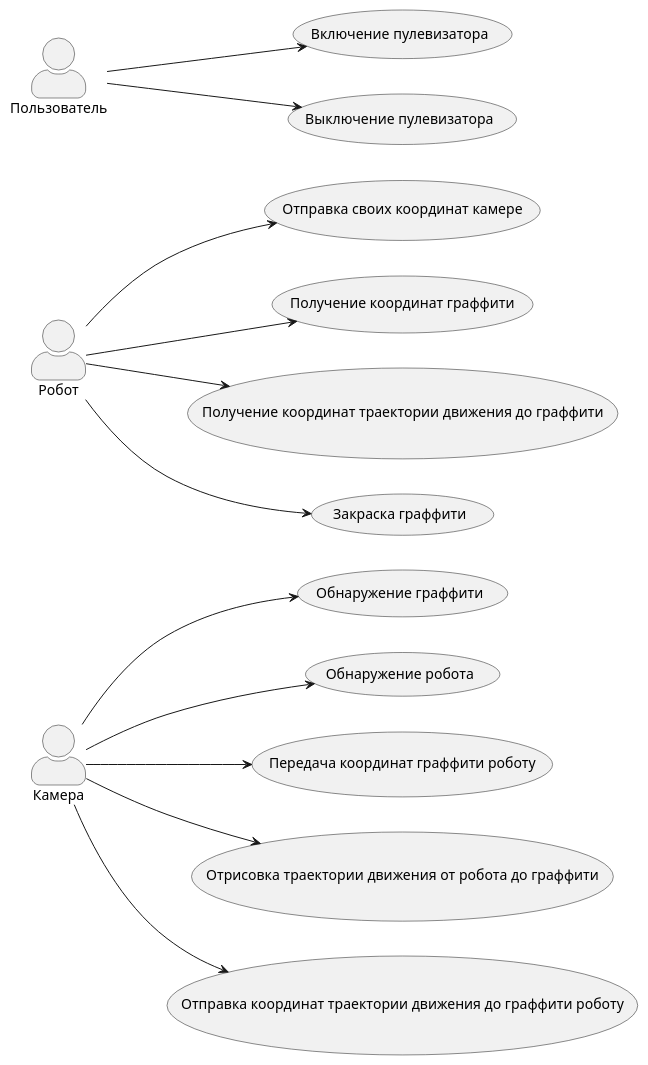
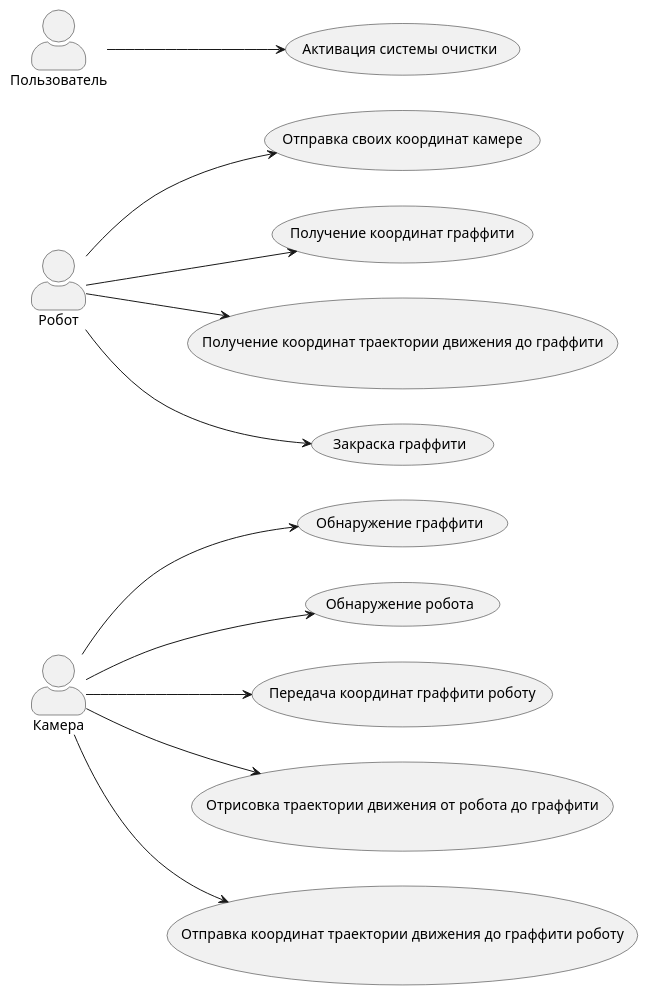
Before and after one commit to DmitryFedoseev/MAI_3_Sem: the diagram in ISA/Practice/TracComp/preccedent.pu, drawn with PlantUML.

```diff
--- a/ISA/Practice/TracComp/preccedent.pu
+++ b/ISA/Practice/TracComp/preccedent.pu
@@ -1,36 +1,34 @@
 @startuml
 skinparam actorStyle awesome
 left to right direction
 
 :Камера: as Cam
 :Робот: as Rob
 :Пользователь: as User
 
 (Обнаружение граффити) as Og
 (Обнаружение робота) as Or
 (Передача координат граффити роботу) as KorG
 (Отрисовка траектории движения от робота до граффити) as Trac
 (Отправка координат траектории движения до граффити роботу) as KorTrac
 
 (Отправка своих координат камере) as OtKor
 (Получение координат граффити) as PolKorG
 (Получение координат траектории движения до граффити) as PolKorTrac
 (Закраска граффити) as ZakG
 
-(Включение пулевизатора) as Vkl
-(Выключение пулевизатора) as Vukl
+(Активация системы очистки) as PerKorCam
 
 Cam --> Og
 Cam --> Or
 Cam --> KorG
 Cam --> Trac
 Cam --> KorTrac
 
 Rob --> OtKor
 Rob --> PolKorG
 Rob --> PolKorTrac
 Rob --> ZakG
 
-User --> Vkl
-User --> Vukl
+User --> PerKorCam
 @enduml
```
